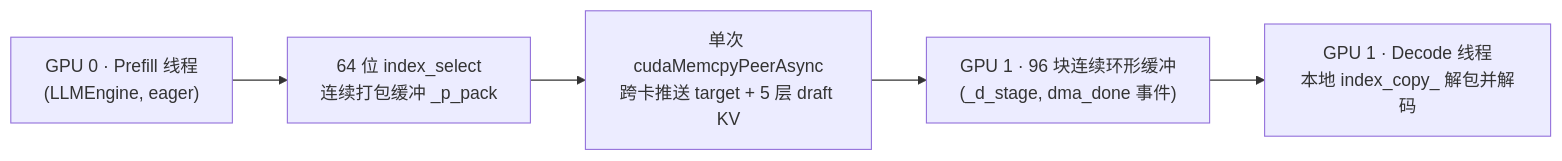
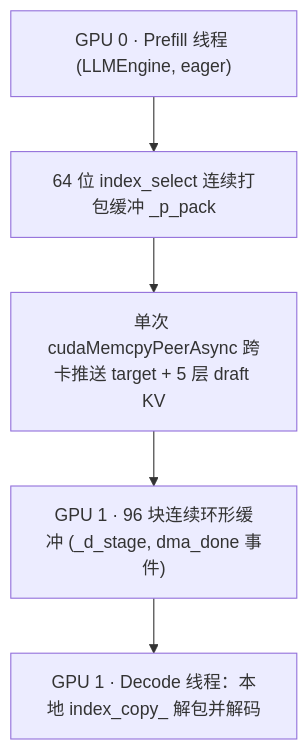
The diagram in README.md (tianyuantong/nano-vllm-speculative-decoding), drawn with Mermaid before and after one commit. The commit also changed other lines of this file and 1 other file, not shown here.

Commit message:
docs(disagg): unify ITL scope, stack diagram, and scope CI badge

````diff
--- a/README.md
+++ b/README.md
@@ -51,7 +51,7 @@
 ```mermaid
-flowchart LR
-    P["GPU 0 · Prefill 线程<br/>(LLMEngine, eager)"] --> Pack["64 位 index_select<br/>连续打包缓冲 _p_pack"]
-    Pack --> DMA["单次 cudaMemcpyPeerAsync<br/>跨卡推送 target + 5 层 draft KV"]
-    DMA --> Ring["GPU 1 · 96 块连续环形缓冲<br/>(_d_stage, dma_done 事件)"]
-    Ring --> D["GPU 1 · Decode 线程<br/>本地 index_copy_ 解包并解码"]
+flowchart TB
+    P["GPU 0 · Prefill 线程 (LLMEngine, eager)"] --> Pack["64 位 index_select 连续打包缓冲 _p_pack"]
+    Pack --> DMA["单次 cudaMemcpyPeerAsync 跨卡推送 target + 5 层 draft KV"]
+    DMA --> Ring["GPU 1 · 96 块连续环形缓冲 (_d_stage, dma_done 事件)"]
+    Ring --> D["GPU 1 · Decode 线程：本地 index_copy_ 解包并解码"]
 ```
````
